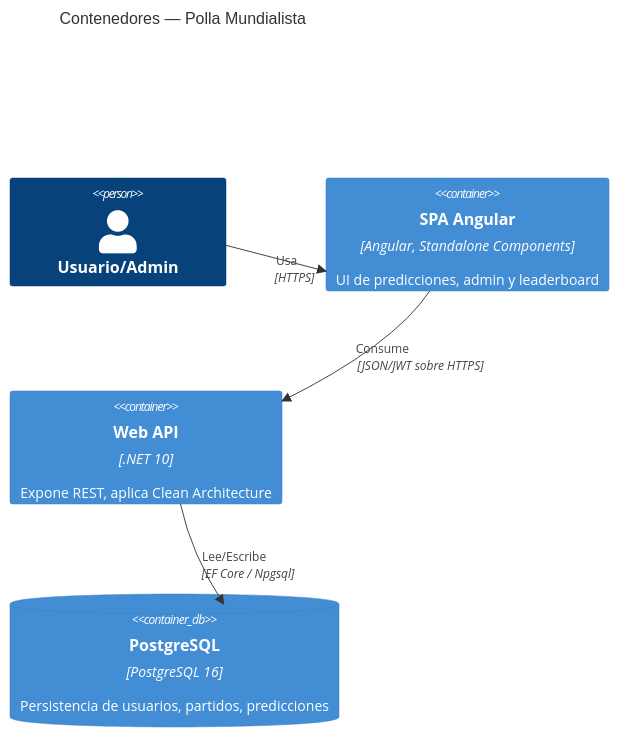
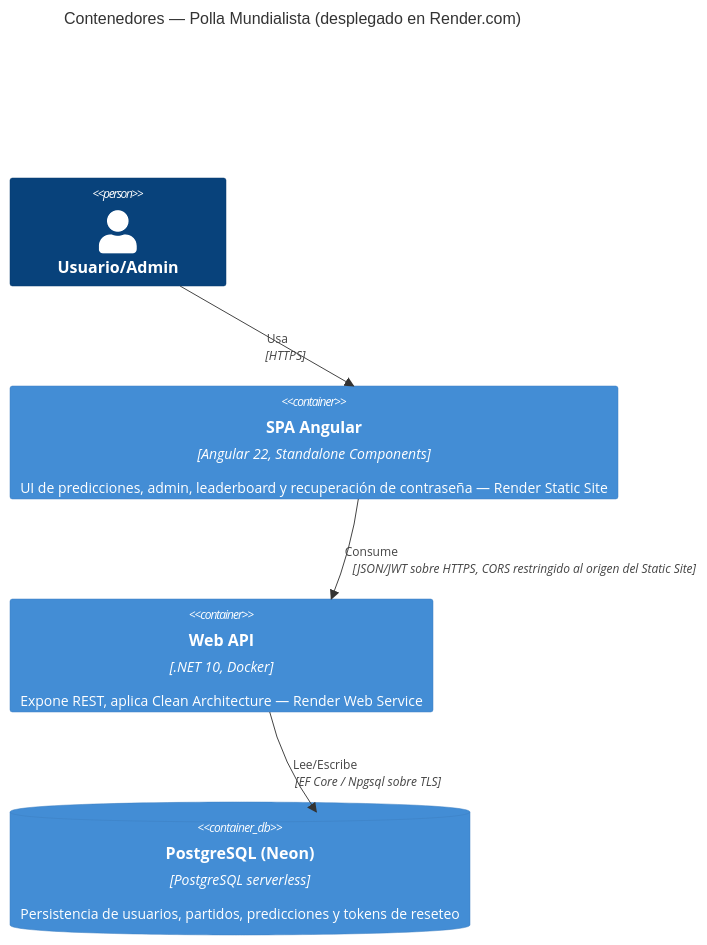
One commit to frpatino6/polla-mundialista-sdd changed the second of 4 diagrams in docs/design.md. Above: the diagram before and after it, drawn with Mermaid. The commit also changed other lines of this file and 10 other files, not shown here.

First line of the commit message:
docs: export C4 diagrams reflecting the actual Render deployment (Task #19)

````diff
--- a/docs/design.md
+++ b/docs/design.md
@@ -40,11 +42,11 @@
 ```mermaid
 C4Container
-title Contenedores — Polla Mundialista
+title Contenedores — Polla Mundialista (desplegado en Render.com)
 Person(user, "Usuario/Admin")
-Container(spa, "SPA Angular", "Angular, Standalone Components", "UI de predicciones, admin y leaderboard")
-Container(api, "Web API", ".NET 10", "Expone REST, aplica Clean Architecture")
-ContainerDb(db, "PostgreSQL", "PostgreSQL 16", "Persistencia de usuarios, partidos, predicciones")
+Container(spa, "SPA Angular", "Angular 22, Standalone Components", "UI de predicciones, admin, leaderboard y recuperación de contraseña — Render Static Site")
+Container(api, "Web API", ".NET 10, Docker", "Expone REST, aplica Clean Architecture — Render Web Service")
+ContainerDb(db, "PostgreSQL (Neon)", "PostgreSQL serverless", "Persistencia de usuarios, partidos, predicciones y tokens de reseteo")
 Rel(user, spa, "Usa", "HTTPS")
-Rel(spa, api, "Consume", "JSON/JWT sobre HTTPS")
-Rel(api, db, "Lee/Escribe", "EF Core / Npgsql")
+Rel(spa, api, "Consume", "JSON/JWT sobre HTTPS, CORS restringido al origen del Static Site")
+Rel(api, db, "Lee/Escribe", "EF Core / Npgsql sobre TLS")
 ```
````
